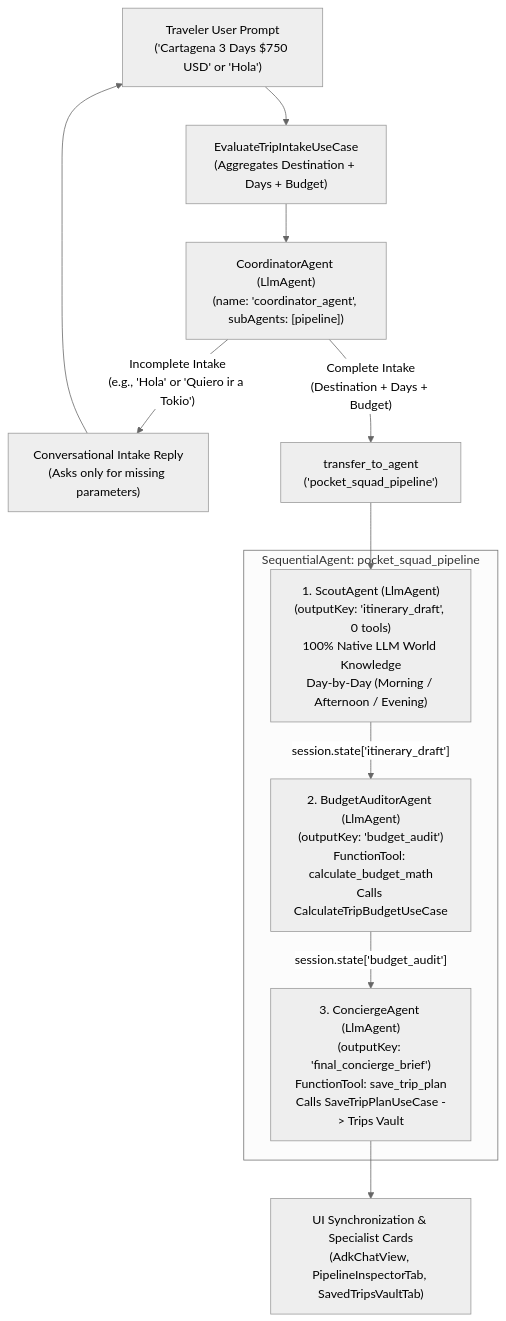
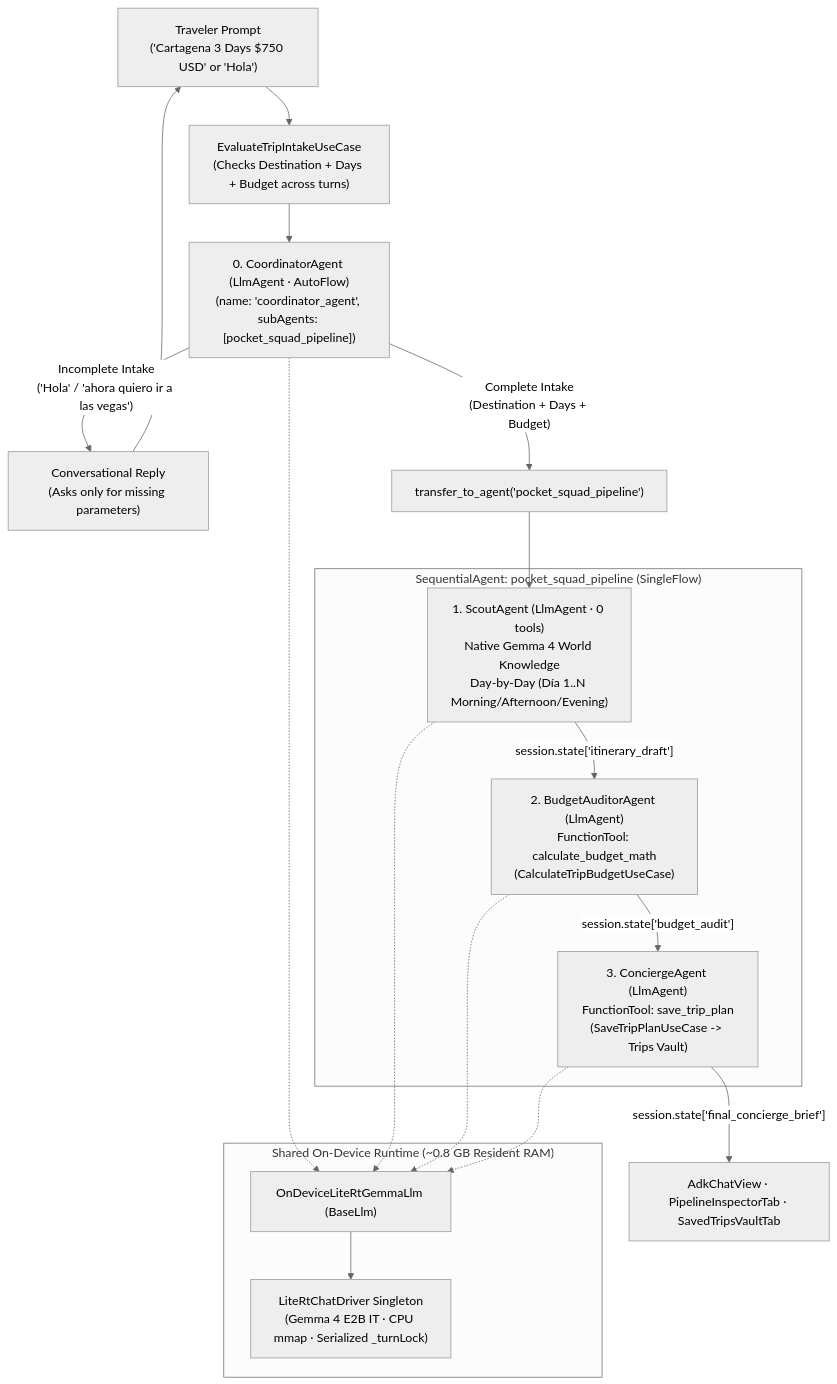
The diagram in apps/adk_pocket_squad/README.md (jggomez/flutter-ia-examples), drawn with Mermaid (neutral theme) before and after one commit. The commit also changed other lines of this file and 1 other file, not shown here.

Commit message:
docs(adk_pocket_squad): streamline README and highlight MAS architecture diagram

````diff
--- a/apps/adk_pocket_squad/README.md
+++ b/apps/adk_pocket_squad/README.md
@@ -69,24 +14,31 @@
 ```mermaid
 flowchart TD
-    User["Traveler User Prompt\n('Cartagena 3 Days $750 USD' or 'Hola')"] --> Intake["EvaluateTripIntakeUseCase\n(Aggregates Destination + Days + Budget)"]
-    Intake --> Coord["CoordinatorAgent (LlmAgent)\n(name: 'coordinator_agent', subAgents: [pipeline])"]
+    Prompt["Traveler Prompt\n('Cartagena 3 Days $750 USD' or 'Hola')"] --> Intake["EvaluateTripIntakeUseCase\n(Checks Destination + Days + Budget across turns)"]
+    Intake --> Coord["0. CoordinatorAgent (LlmAgent · AutoFlow)\n(name: 'coordinator_agent', subAgents: [pocket_squad_pipeline])"]
 
-    Coord -- "Incomplete Intake\n(e.g., 'Hola' or 'Quiero ir a Tokio')" --> Ask["Conversational Intake Reply\n(Asks only for missing parameters)"]
-    Ask --> User
+    Coord -- "Incomplete Intake\n('Hola' / 'ahora quiero ir a las vegas')" --> Reply["Conversational Reply\n(Asks only for missing parameters)"]
+    Reply --> Prompt
 
-    Coord -- "Complete Intake\n(Destination + Days + Budget)" --> Handoff["transfer_to_agent\n('pocket_squad_pipeline')"]
+    Coord -- "Complete Intake\n(Destination + Days + Budget)" --> Transfer["transfer_to_agent('pocket_squad_pipeline')"]
 
-    subgraph Pipeline ["SequentialAgent: pocket_squad_pipeline"]
-        Scout["1. ScoutAgent (LlmAgent)\n(outputKey: 'itinerary_draft', 0 tools)\n100% Native LLM World Knowledge\nDay-by-Day (Morning / Afternoon / Evening)"]
-        
-        Auditor["2. BudgetAuditorAgent (LlmAgent)\n(outputKey: 'budget_audit')\nFunctionTool: calculate_budget_math\nCalls CalculateTripBudgetUseCase"]
-        
-        Concierge["3. ConciergeAgent (LlmAgent)\n(outputKey: 'final_concierge_brief')\nFunctionTool: save_trip_plan\nCalls SaveTripPlanUseCase -> Trips Vault"]
+    subgraph Pipeline ["SequentialAgent: pocket_squad_pipeline (SingleFlow)"]
+        Scout["1. ScoutAgent (LlmAgent · 0 tools)\nNative Gemma 4 World Knowledge\nDay-by-Day (Día 1..N Morning/Afternoon/Evening)"]
+        Auditor["2. BudgetAuditorAgent (LlmAgent)\nFunctionTool: calculate_budget_math\n(CalculateTripBudgetUseCase)"]
+        Concierge["3. ConciergeAgent (LlmAgent)\nFunctionTool: save_trip_plan\n(SaveTripPlanUseCase -> Trips Vault)"]
 
         Scout -->|"session.state['itinerary_draft']"| Auditor
         Auditor -->|"session.state['budget_audit']"| Concierge
     end
 
-    Handoff --> Scout
-    Concierge --> UI["UI Synchronization & Specialist Cards\n(AdkChatView, PipelineInspectorTab, SavedTripsVaultTab)"]
+    Transfer --> Scout
+    Concierge -->|"session.state['final_concierge_brief']"| UI["AdkChatView · PipelineInspectorTab · SavedTripsVaultTab"]
+
+    subgraph Runtime ["Shared On-Device Runtime (~0.8 GB Resident RAM)"]
+        Bridge["OnDeviceLiteRtGemmaLlm (BaseLlm)"] --> Driver["LiteRtChatDriver Singleton\n(Gemma 4 E2B IT · CPU mmap · Serialized _turnLock)"]
+    end
+
+    Coord -.-> Bridge
+    Scout -.-> Bridge
+    Auditor -.-> Bridge
+    Concierge -.-> Bridge
 ```
````
